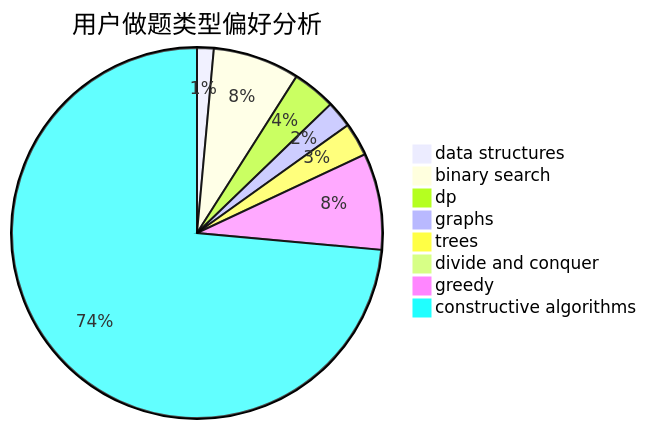
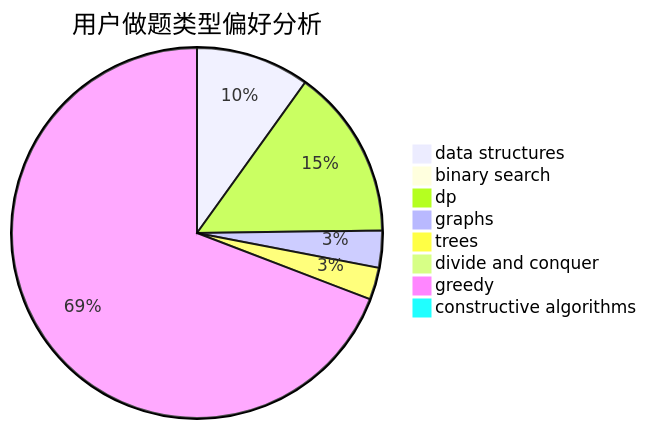
Before and after one commit to sherpahu/cfrs.github.io: the second of 3 diagrams in docs/user/u2355.md, drawn with Mermaid. The commit also changed other lines of this file and 2770 other files, not shown here.

````diff
--- a/docs/user/u2355.md
+++ b/docs/user/u2355.md
@@ -23,11 +23,11 @@
 ```mermaid
 pie title 用户做题类型偏好分析
-    "data structures" :  5
-    "binary search" :  26
-    "dp" :  13
-    "graphs" :  8
-    "trees" :  10
+    "data structures" :  46
+    "binary search" :  0
+    "dp" :  69
+    "graphs" :  15
+    "trees" :  13
     "divide and conquer" :  0
-    "greedy" :  29
-    "constructive algorithms" :  253
+    "greedy" :  321
+    "constructive algorithms" :  3
 ```
````
